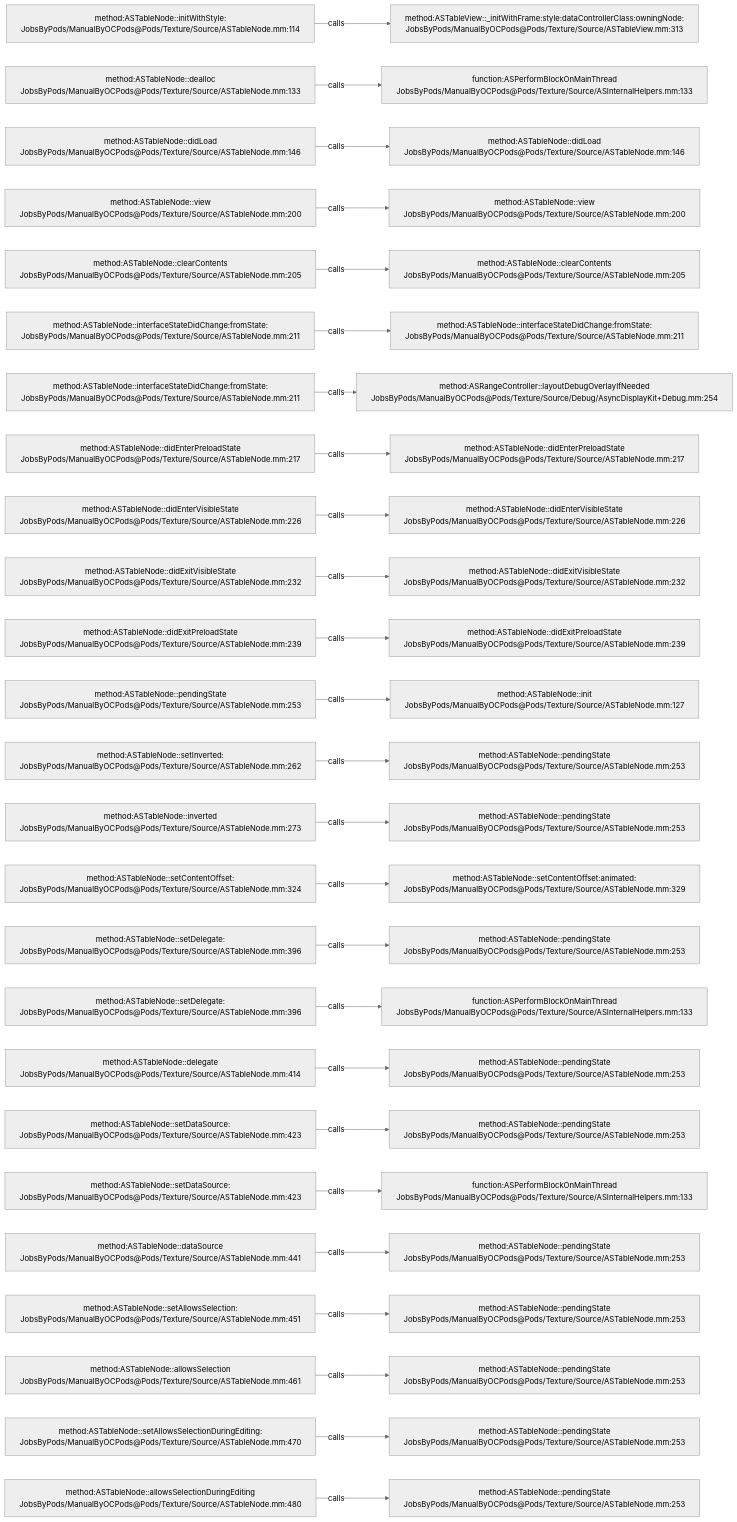
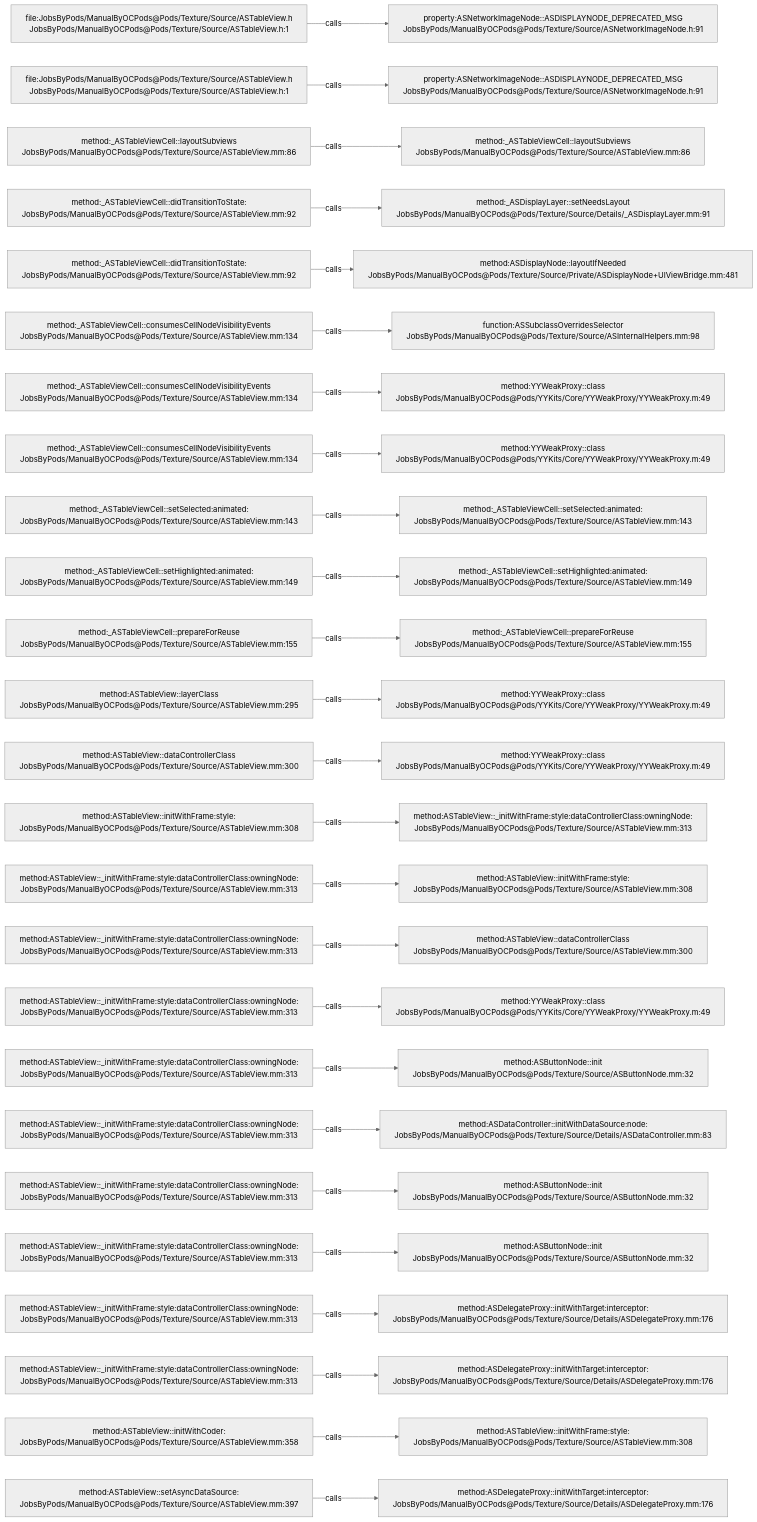
One commit to JobsKits/JobsOCBaseConfigDemo changed the diagram in .codegraph/codegraph.md/graphs/calls-124.md. Above: the diagram before and after it, drawn with Mermaid (neutral theme). The commit also changed 1353 other files, not shown here.

````diff
--- a/.codegraph/codegraph.md/graphs/calls-124.md
+++ b/.codegraph/codegraph.md/graphs/calls-124.md
@@ -13,78 +13,78 @@
 ```mermaid
 flowchart LR
-  S1["method:ASTableNode::initWithStyle:<br/>JobsByPods/ManualByOCPods@Pods/Texture/Source/ASTableNode.mm:114"]
-  T1["method:ASTableView::_initWithFrame:style:dataControllerClass:owningNode:<br/>JobsByPods/ManualByOCPods@Pods/Texture/Source/ASTableView.mm:313"]
+  S1["file:JobsByPods/ManualByOCPods@Pods/Texture/Source/ASTableView.h<br/>JobsByPods/ManualByOCPods@Pods/Texture/Source/ASTableView.h:1"]
+  T1["property:ASNetworkImageNode::ASDISPLAYNODE_DEPRECATED_MSG<br/>JobsByPods/ManualByOCPods@Pods/Texture/Source/ASNetworkImageNode.h:91"]
   S1 -->|calls| T1
-  S2["method:ASTableNode::dealloc<br/>JobsByPods/ManualByOCPods@Pods/Texture/Source/ASTableNode.mm:133"]
-  T2["function:ASPerformBlockOnMainThread<br/>JobsByPods/ManualByOCPods@Pods/Texture/Source/ASInternalHelpers.mm:133"]
+  S2["file:JobsByPods/ManualByOCPods@Pods/Texture/Source/ASTableView.h<br/>JobsByPods/ManualByOCPods@Pods/Texture/Source/ASTableView.h:1"]
+  T2["property:ASNetworkImageNode::ASDISPLAYNODE_DEPRECATED_MSG<br/>JobsByPods/ManualByOCPods@Pods/Texture/Source/ASNetworkImageNode.h:91"]
   S2 -->|calls| T2
-  S3["method:ASTableNode::didLoad<br/>JobsByPods/ManualByOCPods@Pods/Texture/Source/ASTableNode.mm:146"]
-  T3["method:ASTableNode::didLoad<br/>JobsByPods/ManualByOCPods@Pods/Texture/Source/ASTableNode.mm:146"]
+  S3["method:_ASTableViewCell::layoutSubviews<br/>JobsByPods/ManualByOCPods@Pods/Texture/Source/ASTableView.mm:86"]
+  T3["method:_ASTableViewCell::layoutSubviews<br/>JobsByPods/ManualByOCPods@Pods/Texture/Source/ASTableView.mm:86"]
   S3 -->|calls| T3
-  S4["method:ASTableNode::view<br/>JobsByPods/ManualByOCPods@Pods/Texture/Source/ASTableNode.mm:200"]
-  T4["method:ASTableNode::view<br/>JobsByPods/ManualByOCPods@Pods/Texture/Source/ASTableNode.mm:200"]
+  S4["method:_ASTableViewCell::didTransitionToState:<br/>JobsByPods/ManualByOCPods@Pods/Texture/Source/ASTableView.mm:92"]
+  T4["method:_ASDisplayLayer::setNeedsLayout<br/>JobsByPods/ManualByOCPods@Pods/Texture/Source/Details/_ASDisplayLayer.mm:91"]
   S4 -->|calls| T4
-  S5["method:ASTableNode::clearContents<br/>JobsByPods/ManualByOCPods@Pods/Texture/Source/ASTableNode.mm:205"]
-  T5["method:ASTableNode::clearContents<br/>JobsByPods/ManualByOCPods@Pods/Texture/Source/ASTableNode.mm:205"]
+  S5["method:_ASTableViewCell::didTransitionToState:<br/>JobsByPods/ManualByOCPods@Pods/Texture/Source/ASTableView.mm:92"]
+  T5["method:ASDisplayNode::layoutIfNeeded<br/>JobsByPods/ManualByOCPods@Pods/Texture/Source/Private/ASDisplayNode+UIViewBridge.mm:481"]
   S5 -->|calls| T5
-  S6["method:ASTableNode::interfaceStateDidChange:fromState:<br/>JobsByPods/ManualByOCPods@Pods/Texture/Source/ASTableNode.mm:211"]
-  T6["method:ASTableNode::interfaceStateDidChange:fromState:<br/>JobsByPods/ManualByOCPods@Pods/Texture/Source/ASTableNode.mm:211"]
+  S6["method:_ASTableViewCell::consumesCellNodeVisibilityEvents<br/>JobsByPods/ManualByOCPods@Pods/Texture/Source/ASTableView.mm:134"]
+  T6["function:ASSubclassOverridesSelector<br/>JobsByPods/ManualByOCPods@Pods/Texture/Source/ASInternalHelpers.mm:98"]
   S6 -->|calls| T6
-  S7["method:ASTableNode::interfaceStateDidChange:fromState:<br/>JobsByPods/ManualByOCPods@Pods/Texture/Source/ASTableNode.mm:211"]
-  T7["method:ASRangeController::layoutDebugOverlayIfNeeded<br/>JobsByPods/ManualByOCPods@Pods/Texture/Source/Debug/AsyncDisplayKit+Debug.mm:254"]
+  S7["method:_ASTableViewCell::consumesCellNodeVisibilityEvents<br/>JobsByPods/ManualByOCPods@Pods/Texture/Source/ASTableView.mm:134"]
+  T7["method:YYWeakProxy::class<br/>JobsByPods/ManualByOCPods@Pods/YYKits/Core/YYWeakProxy/YYWeakProxy.m:49"]
   S7 -->|calls| T7
-  S8["method:ASTableNode::didEnterPreloadState<br/>JobsByPods/ManualByOCPods@Pods/Texture/Source/ASTableNode.mm:217"]
-  T8["method:ASTableNode::didEnterPreloadState<br/>JobsByPods/ManualByOCPods@Pods/Texture/Source/ASTableNode.mm:217"]
+  S8["method:_ASTableViewCell::consumesCellNodeVisibilityEvents<br/>JobsByPods/ManualByOCPods@Pods/Texture/Source/ASTableView.mm:134"]
+  T8["method:YYWeakProxy::class<br/>JobsByPods/ManualByOCPods@Pods/YYKits/Core/YYWeakProxy/YYWeakProxy.m:49"]
   S8 -->|calls| T8
-  S9["method:ASTableNode::didEnterVisibleState<br/>JobsByPods/ManualByOCPods@Pods/Texture/Source/ASTableNode.mm:226"]
-  T9["method:ASTableNode::didEnterVisibleState<br/>JobsByPods/ManualByOCPods@Pods/Texture/Source/ASTableNode.mm:226"]
+  S9["method:_ASTableViewCell::setSelected:animated:<br/>JobsByPods/ManualByOCPods@Pods/Texture/Source/ASTableView.mm:143"]
+  T9["method:_ASTableViewCell::setSelected:animated:<br/>JobsByPods/ManualByOCPods@Pods/Texture/Source/ASTableView.mm:143"]
   S9 -->|calls| T9
-  S10["method:ASTableNode::didExitVisibleState<br/>JobsByPods/ManualByOCPods@Pods/Texture/Source/ASTableNode.mm:232"]
-  T10["method:ASTableNode::didExitVisibleState<br/>JobsByPods/ManualByOCPods@Pods/Texture/Source/ASTableNode.mm:232"]
+  S10["method:_ASTableViewCell::setHighlighted:animated:<br/>JobsByPods/ManualByOCPods@Pods/Texture/Source/ASTableView.mm:149"]
+  T10["method:_ASTableViewCell::setHighlighted:animated:<br/>JobsByPods/ManualByOCPods@Pods/Texture/Source/ASTableView.mm:149"]
   S10 -->|calls| T10
-  S11["method:ASTableNode::didExitPreloadState<br/>JobsByPods/ManualByOCPods@Pods/Texture/Source/ASTableNode.mm:239"]
-  T11["method:ASTableNode::didExitPreloadState<br/>JobsByPods/ManualByOCPods@Pods/Texture/Source/ASTableNode.mm:239"]
+  S11["method:_ASTableViewCell::prepareForReuse<br/>JobsByPods/ManualByOCPods@Pods/Texture/Source/ASTableView.mm:155"]
+  T11["method:_ASTableViewCell::prepareForReuse<br/>JobsByPods/ManualByOCPods@Pods/Texture/Source/ASTableView.mm:155"]
   S11 -->|calls| T11
-  S12["method:ASTableNode::pendingState<br/>JobsByPods/ManualByOCPods@Pods/Texture/Source/ASTableNode.mm:253"]
-  T12["method:ASTableNode::init<br/>JobsByPods/ManualByOCPods@Pods/Texture/Source/ASTableNode.mm:127"]
+  S12["method:ASTableView::layerClass<br/>JobsByPods/ManualByOCPods@Pods/Texture/Source/ASTableView.mm:295"]
+  T12["method:YYWeakProxy::class<br/>JobsByPods/ManualByOCPods@Pods/YYKits/Core/YYWeakProxy/YYWeakProxy.m:49"]
   S12 -->|calls| T12
-  S13["method:ASTableNode::setInverted:<br/>JobsByPods/ManualByOCPods@Pods/Texture/Source/ASTableNode.mm:262"]
-  T13["method:ASTableNode::pendingState<br/>JobsByPods/ManualByOCPods@Pods/Texture/Source/ASTableNode.mm:253"]
+  S13["method:ASTableView::dataControllerClass<br/>JobsByPods/ManualByOCPods@Pods/Texture/Source/ASTableView.mm:300"]
+  T13["method:YYWeakProxy::class<br/>JobsByPods/ManualByOCPods@Pods/YYKits/Core/YYWeakProxy/YYWeakProxy.m:49"]
   S13 -->|calls| T13
-  S14["method:ASTableNode::inverted<br/>JobsByPods/ManualByOCPods@Pods/Texture/Source/ASTableNode.mm:273"]
-  T14["method:ASTableNode::pendingState<br/>JobsByPods/ManualByOCPods@Pods/Texture/Source/ASTableNode.mm:253"]
+  S14["method:ASTableView::initWithFrame:style:<br/>JobsByPods/ManualByOCPods@Pods/Texture/Source/ASTableView.mm:308"]
+  T14["method:ASTableView::_initWithFrame:style:dataControllerClass:owningNode:<br/>JobsByPods/ManualByOCPods@Pods/Texture/Source/ASTableView.mm:313"]
   S14 -->|calls| T14
-  S15["method:ASTableNode::setContentOffset:<br/>JobsByPods/ManualByOCPods@Pods/Texture/Source/ASTableNode.mm:324"]
-  T15["method:ASTableNode::setContentOffset:animated:<br/>JobsByPods/ManualByOCPods@Pods/Texture/Source/ASTableNode.mm:329"]
+  S15["method:ASTableView::_initWithFrame:style:dataControllerClass:owningNode:<br/>JobsByPods/ManualByOCPods@Pods/Texture/Source/ASTableView.mm:313"]
+  T15["method:ASTableView::initWithFrame:style:<br/>JobsByPods/ManualByOCPods@Pods/Texture/Source/ASTableView.mm:308"]
   S15 -->|calls| T15
-  S16["method:ASTableNode::setDelegate:<br/>JobsByPods/ManualByOCPods@Pods/Texture/Source/ASTableNode.mm:396"]
-  T16["method:ASTableNode::pendingState<br/>JobsByPods/ManualByOCPods@Pods/Texture/Source/ASTableNode.mm:253"]
+  S16["method:ASTableView::_initWithFrame:style:dataControllerClass:owningNode:<br/>JobsByPods/ManualByOCPods@Pods/Texture/Source/ASTableView.mm:313"]
+  T16["method:ASTableView::dataControllerClass<br/>JobsByPods/ManualByOCPods@Pods/Texture/Source/ASTableView.mm:300"]
   S16 -->|calls| T16
-  S17["method:ASTableNode::setDelegate:<br/>JobsByPods/ManualByOCPods@Pods/Texture/Source/ASTableNode.mm:396"]
-  T17["function:ASPerformBlockOnMainThread<br/>JobsByPods/ManualByOCPods@Pods/Texture/Source/ASInternalHelpers.mm:133"]
+  S17["method:ASTableView::_initWithFrame:style:dataControllerClass:owningNode:<br/>JobsByPods/ManualByOCPods@Pods/Texture/Source/ASTableView.mm:313"]
+  T17["method:YYWeakProxy::class<br/>JobsByPods/ManualByOCPods@Pods/YYKits/Core/YYWeakProxy/YYWeakProxy.m:49"]
   S17 -->|calls| T17
-  S18["method:ASTableNode::delegate<br/>JobsByPods/ManualByOCPods@Pods/Texture/Source/ASTableNode.mm:414"]
-  T18["method:ASTableNode::pendingState<br/>JobsByPods/ManualByOCPods@Pods/Texture/Source/ASTableNode.mm:253"]
+  S18["method:ASTableView::_initWithFrame:style:dataControllerClass:owningNode:<br/>JobsByPods/ManualByOCPods@Pods/Texture/Source/ASTableView.mm:313"]
+  T18["method:ASButtonNode::init<br/>JobsByPods/ManualByOCPods@Pods/Texture/Source/ASButtonNode.mm:32"]
   S18 -->|calls| T18
-  S19["method:ASTableNode::setDataSource:<br/>JobsByPods/ManualByOCPods@Pods/Texture/Source/ASTableNode.mm:423"]
-  T19["method:ASTableNode::pendingState<br/>JobsByPods/ManualByOCPods@Pods/Texture/Source/ASTableNode.mm:253"]
+  S19["method:ASTableView::_initWithFrame:style:dataControllerClass:owningNode:<br/>JobsByPods/ManualByOCPods@Pods/Texture/Source/ASTableView.mm:313"]
+  T19["method:ASDataController::initWithDataSource:node:<br/>JobsByPods/ManualByOCPods@Pods/Texture/Source/Details/ASDataController.mm:83"]
   S19 -->|calls| T19
-  S20["method:ASTableNode::setDataSource:<br/>JobsByPods/ManualByOCPods@Pods/Texture/Source/ASTableNode.mm:423"]
-  T20["function:ASPerformBlockOnMainThread<br/>JobsByPods/ManualByOCPods@Pods/Texture/Source/ASInternalHelpers.mm:133"]
+  S20["method:ASTableView::_initWithFrame:style:dataControllerClass:owningNode:<br/>JobsByPods/ManualByOCPods@Pods/Texture/Source/ASTableView.mm:313"]
+  T20["method:ASButtonNode::init<br/>JobsByPods/ManualByOCPods@Pods/Texture/Source/ASButtonNode.mm:32"]
   S20 -->|calls| T20
-  S21["method:ASTableNode::dataSource<br/>JobsByPods/ManualByOCPods@Pods/Texture/Source/ASTableNode.mm:441"]
-  T21["method:ASTableNode::pendingState<br/>JobsByPods/ManualByOCPods@Pods/Texture/Source/ASTableNode.mm:253"]
+  S21["method:ASTableView::_initWithFrame:style:dataControllerClass:owningNode:<br/>JobsByPods/ManualByOCPods@Pods/Texture/Source/ASTableView.mm:313"]
+  T21["method:ASButtonNode::init<br/>JobsByPods/ManualByOCPods@Pods/Texture/Source/ASButtonNode.mm:32"]
   S21 -->|calls| T21
-  S22["method:ASTableNode::setAllowsSelection:<br/>JobsByPods/ManualByOCPods@Pods/Texture/Source/ASTableNode.mm:451"]
-  T22["method:ASTableNode::pendingState<br/>JobsByPods/ManualByOCPods@Pods/Texture/Source/ASTableNode.mm:253"]
+  S22["method:ASTableView::_initWithFrame:style:dataControllerClass:owningNode:<br/>JobsByPods/ManualByOCPods@Pods/Texture/Source/ASTableView.mm:313"]
+  T22["method:ASDelegateProxy::initWithTarget:interceptor:<br/>JobsByPods/ManualByOCPods@Pods/Texture/Source/Details/ASDelegateProxy.mm:176"]
   S22 -->|calls| T22
-  S23["method:ASTableNode::allowsSelection<br/>JobsByPods/ManualByOCPods@Pods/Texture/Source/ASTableNode.mm:461"]
-  T23["method:ASTableNode::pendingState<br/>JobsByPods/ManualByOCPods@Pods/Texture/Source/ASTableNode.mm:253"]
+  S23["method:ASTableView::_initWithFrame:style:dataControllerClass:owningNode:<br/>JobsByPods/ManualByOCPods@Pods/Texture/Source/ASTableView.mm:313"]
+  T23["method:ASDelegateProxy::initWithTarget:interceptor:<br/>JobsByPods/ManualByOCPods@Pods/Texture/Source/Details/ASDelegateProxy.mm:176"]
   S23 -->|calls| T23
-  S24["method:ASTableNode::setAllowsSelectionDuringEditing:<br/>JobsByPods/ManualByOCPods@Pods/Texture/Source/ASTableNode.mm:470"]
-  T24["method:ASTableNode::pendingState<br/>JobsByPods/ManualByOCPods@Pods/Texture/Source/ASTableNode.mm:253"]
+  S24["method:ASTableView::initWithCoder:<br/>JobsByPods/ManualByOCPods@Pods/Texture/Source/ASTableView.mm:358"]
+  T24["method:ASTableView::initWithFrame:style:<br/>JobsByPods/ManualByOCPods@Pods/Texture/Source/ASTableView.mm:308"]
   S24 -->|calls| T24
-  S25["method:ASTableNode::allowsSelectionDuringEditing<br/>JobsByPods/ManualByOCPods@Pods/Texture/Source/ASTableNode.mm:480"]
-  T25["method:ASTableNode::pendingState<br/>JobsByPods/ManualByOCPods@Pods/Texture/Source/ASTableNode.mm:253"]
+  S25["method:ASTableView::setAsyncDataSource:<br/>JobsByPods/ManualByOCPods@Pods/Texture/Source/ASTableView.mm:397"]
+  T25["method:ASDelegateProxy::initWithTarget:interceptor:<br/>JobsByPods/ManualByOCPods@Pods/Texture/Source/Details/ASDelegateProxy.mm:176"]
   S25 -->|calls| T25
 ```
````
